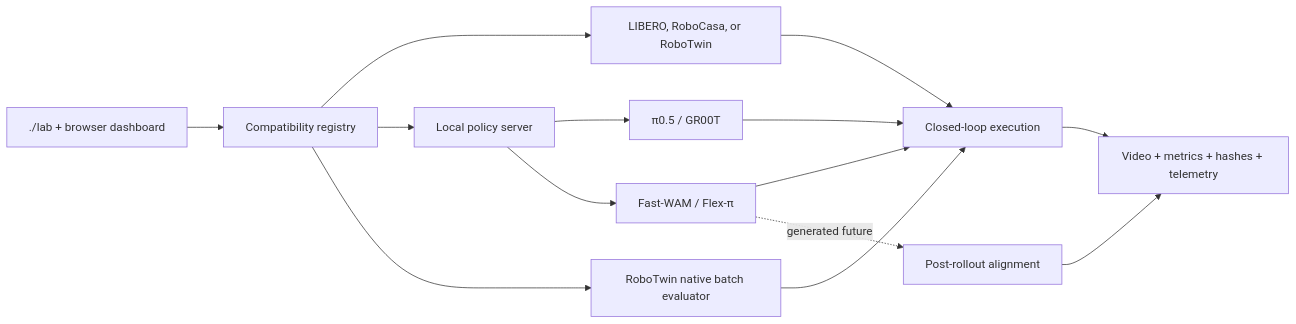
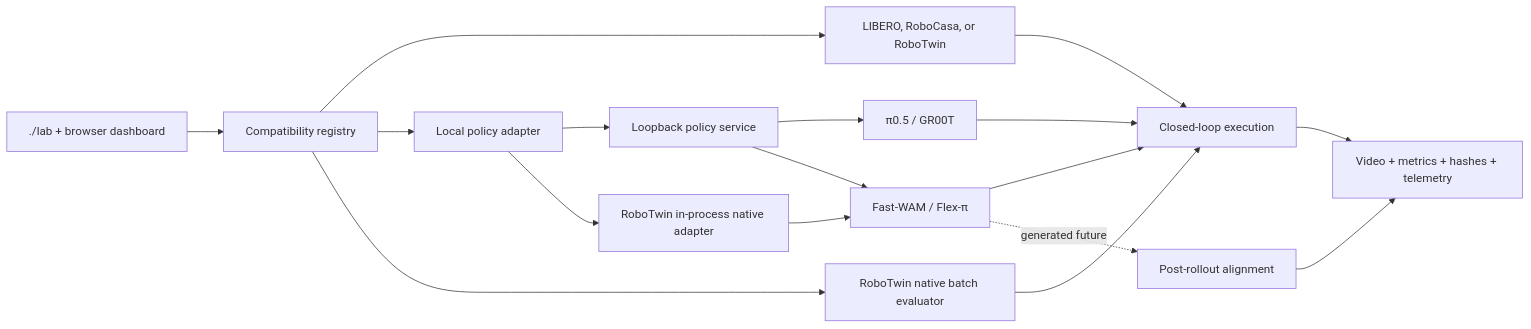
One commit to robodreamer/embodied-policy-lab changed the diagram in README.md. Above: the diagram before and after it, drawn with Mermaid. The commit also changed other lines of this file and 15 other files, not shown here.

Commit message:
Add RoboTwin browser studio adapter

````diff
--- a/README.md
+++ b/README.md
@@ -269,16 +275,19 @@
 ```mermaid
 flowchart LR
     UI[./lab + browser dashboard] --> REG[Compatibility registry]
     REG --> SIM[LIBERO, RoboCasa, or RoboTwin]
-    REG --> POLICY[Local policy server]
+    REG --> POLICY[Local policy adapter]
+    POLICY --> SERVICE[Loopback policy service]
+    POLICY --> INPROC[RoboTwin in-process native adapter]
     REG --> NATIVE[RoboTwin native batch evaluator]
-    POLICY --> VLA[π0.5 / GR00T]
-    POLICY --> WAM[Fast-WAM / Flex-π]
+    SERVICE --> VLA[π0.5 / GR00T]
+    SERVICE --> WAM[Fast-WAM / Flex-π]
+    INPROC --> WAM
     SIM --> RUN[Closed-loop execution]
     VLA --> RUN
     WAM --> RUN
     NATIVE --> RUN
     WAM -. generated future .-> ALIGN[Post-rollout alignment]
     RUN --> EVIDENCE[Video + metrics + hashes + telemetry]
     ALIGN --> EVIDENCE
 ```
````
